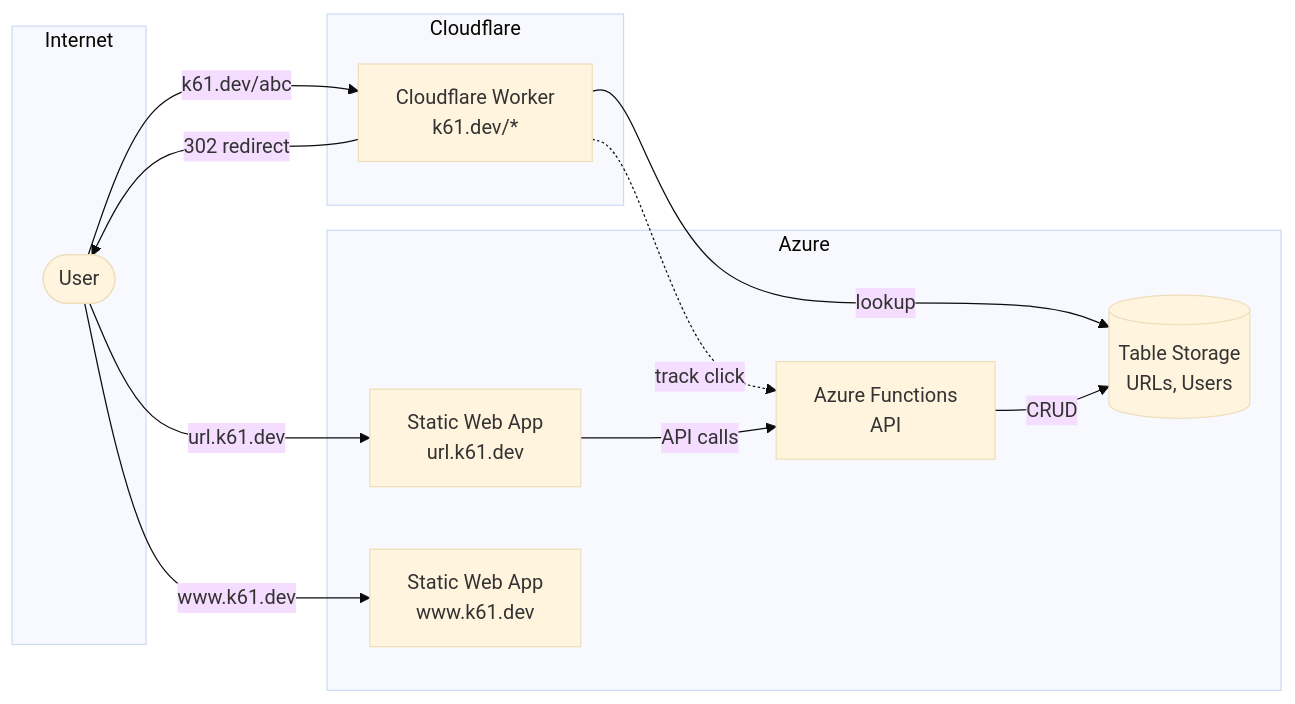
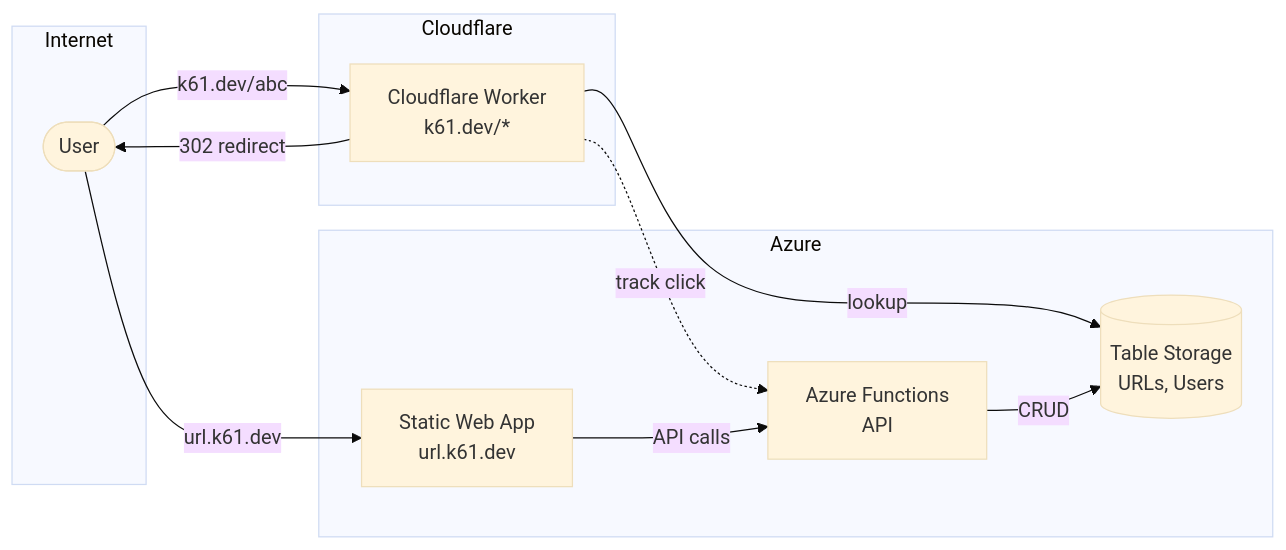
The diagram in README.md (kurtzeborn/url-shortener), drawn with Mermaid (base theme) before and after one commit. The commit also changed other lines of this file and 6 other files, not shown here.

````diff
--- a/README.md
+++ b/README.md
@@ -7,28 +7,25 @@
 ```mermaid
 flowchart LR
     subgraph Internet
         User([User])
     end
     
     subgraph Cloudflare
         Worker[Cloudflare Worker<br/>k61.dev/*]
     end
     
     subgraph Azure
-        SWA1[Static Web App<br/>url.k61.dev]
-        SWA2[Static Web App<br/>www.k61.dev]
+        SWA[Static Web App<br/>url.k61.dev]
         Functions[Azure Functions<br/>API]
         Storage[(Table Storage<br/>URLs, Users)]
     end
     
     User -->|k61.dev/abc| Worker
     Worker -->|lookup| Storage
     Worker -.->|track click| Functions
     Worker -->|302 redirect| User
     
-    User -->|url.k61.dev| SWA1
-    SWA1 -->|API calls| Functions
+    User -->|url.k61.dev| SWA
+    SWA -->|API calls| Functions
     Functions -->|CRUD| Storage
-    
-    User -->|www.k61.dev| SWA2
 ```
````
